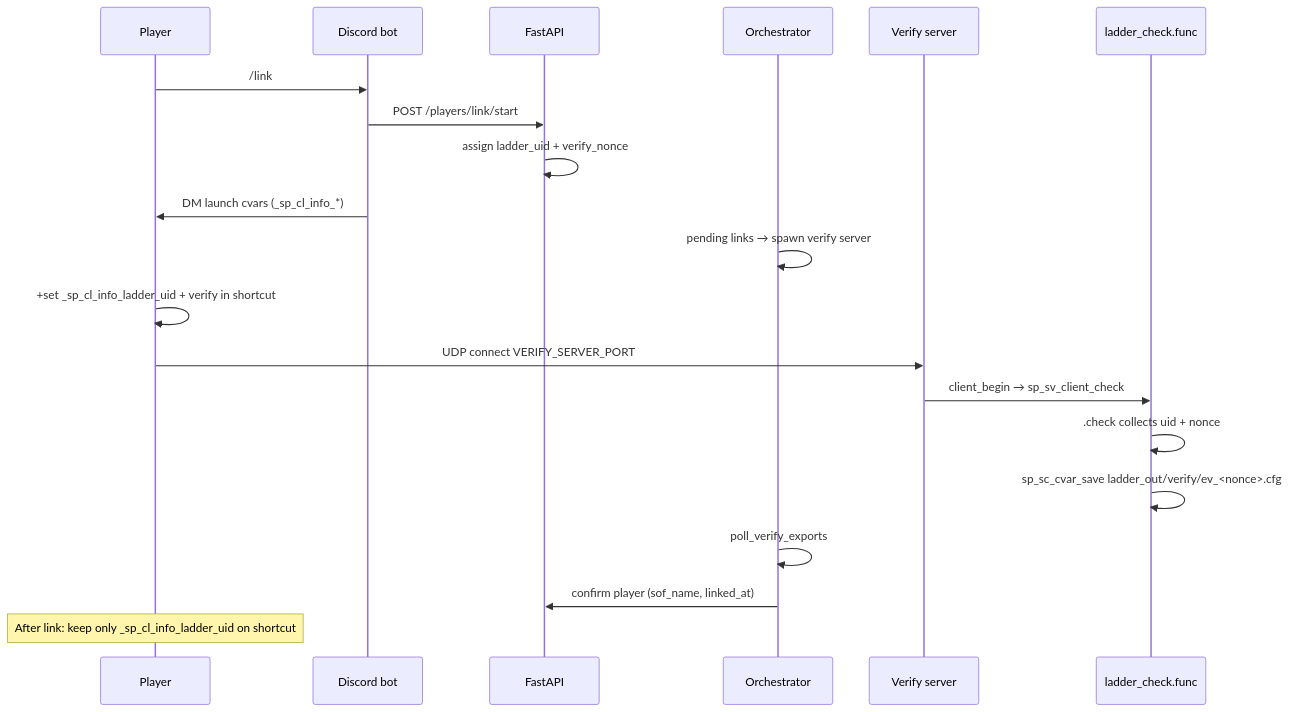
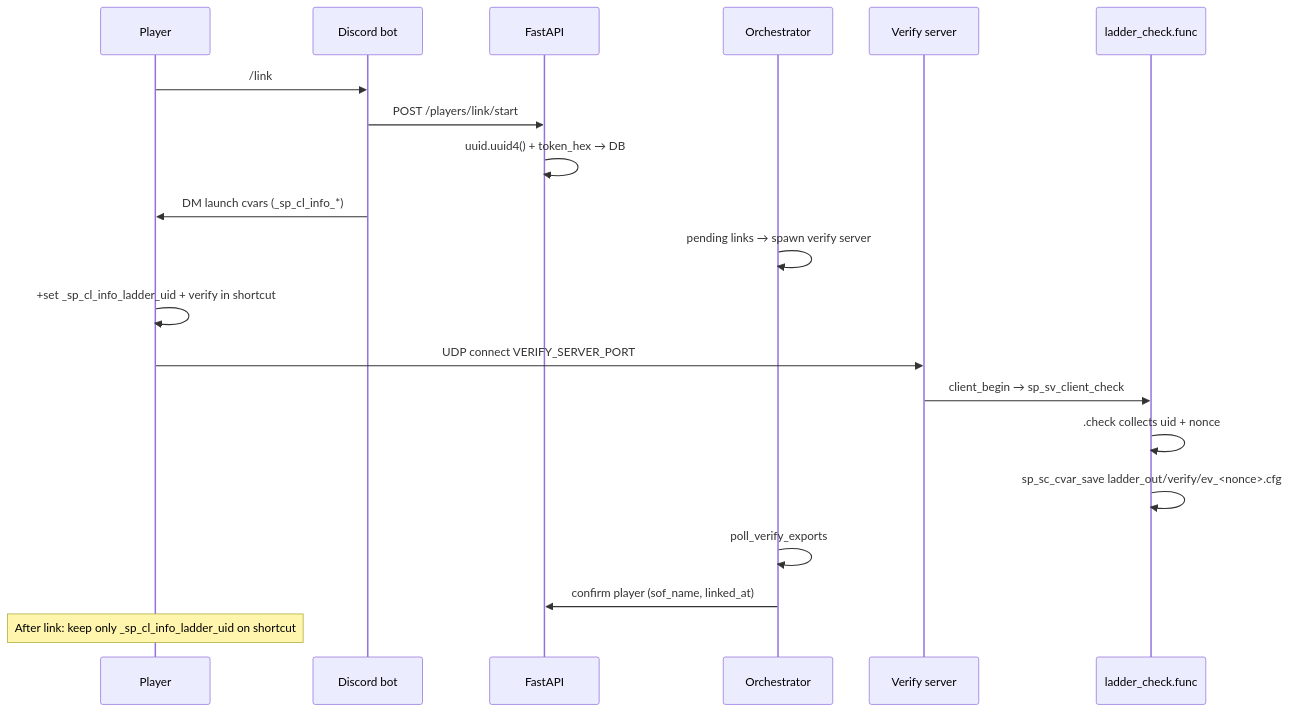
The second of 9 diagrams in README.md (d3nd3/sof-ladder), drawn with Mermaid before and after one commit. The commit also changed other lines of this file, not shown here.

````diff
--- a/README.md
+++ b/README.md
@@ -54,23 +54,23 @@
 ```mermaid
 sequenceDiagram
   participant P as Player
   participant Bot as Discord bot
   participant API as FastAPI
   participant Orch as Orchestrator
   participant V as Verify server
   participant SP as ladder_check.func
 
   P->>Bot: /link
   Bot->>API: POST /players/link/start
-  API->>API: assign ladder_uid + verify_nonce
+  API->>API: uuid.uuid4() + token_hex → DB
   Bot->>P: DM launch cvars (_sp_cl_info_*)
   Orch->>Orch: pending links → spawn verify server
   P->>P: +set _sp_cl_info_ladder_uid + verify in shortcut
   P->>V: UDP connect VERIFY_SERVER_PORT
   V->>SP: client_begin → sp_sv_client_check
   SP->>SP: .check collects uid + nonce
   SP->>SP: sp_sc_cvar_save ladder_out/verify/ev_<nonce>.cfg
   Orch->>Orch: poll_verify_exports
   Orch->>API: confirm player (sof_name, linked_at)
   Note over P: After link: keep only _sp_cl_info_ladder_uid on shortcut
 ```
````
